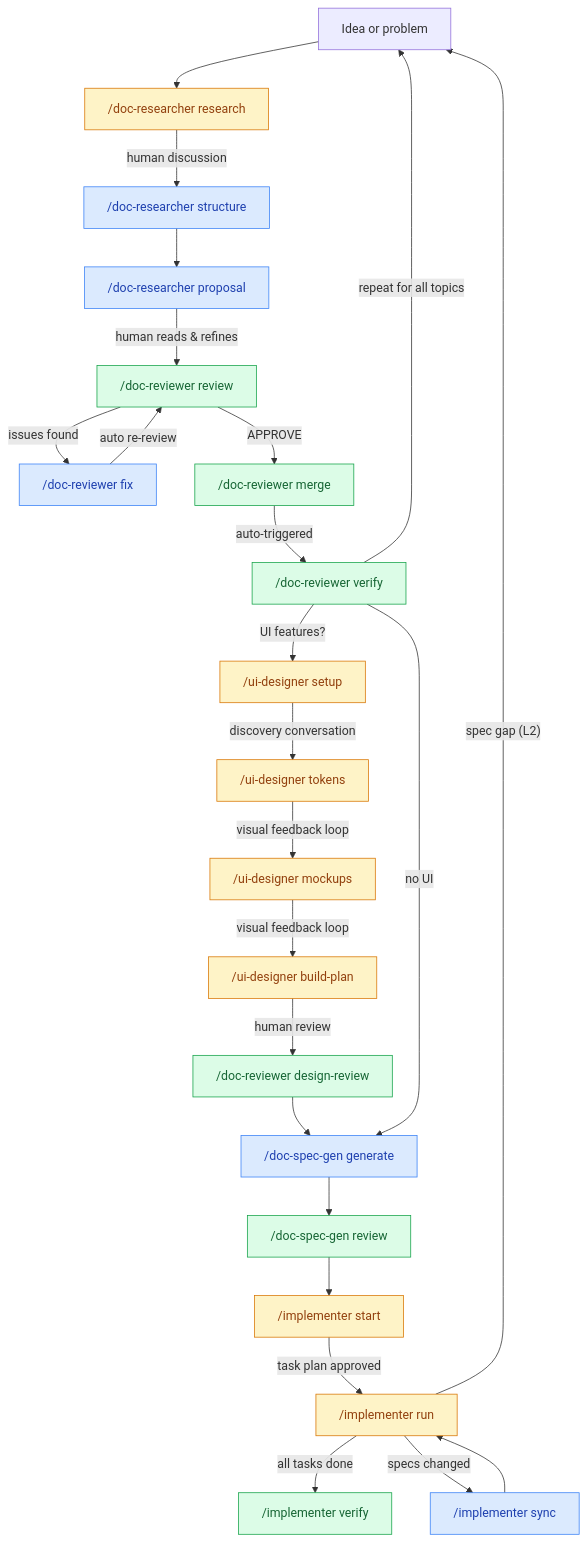
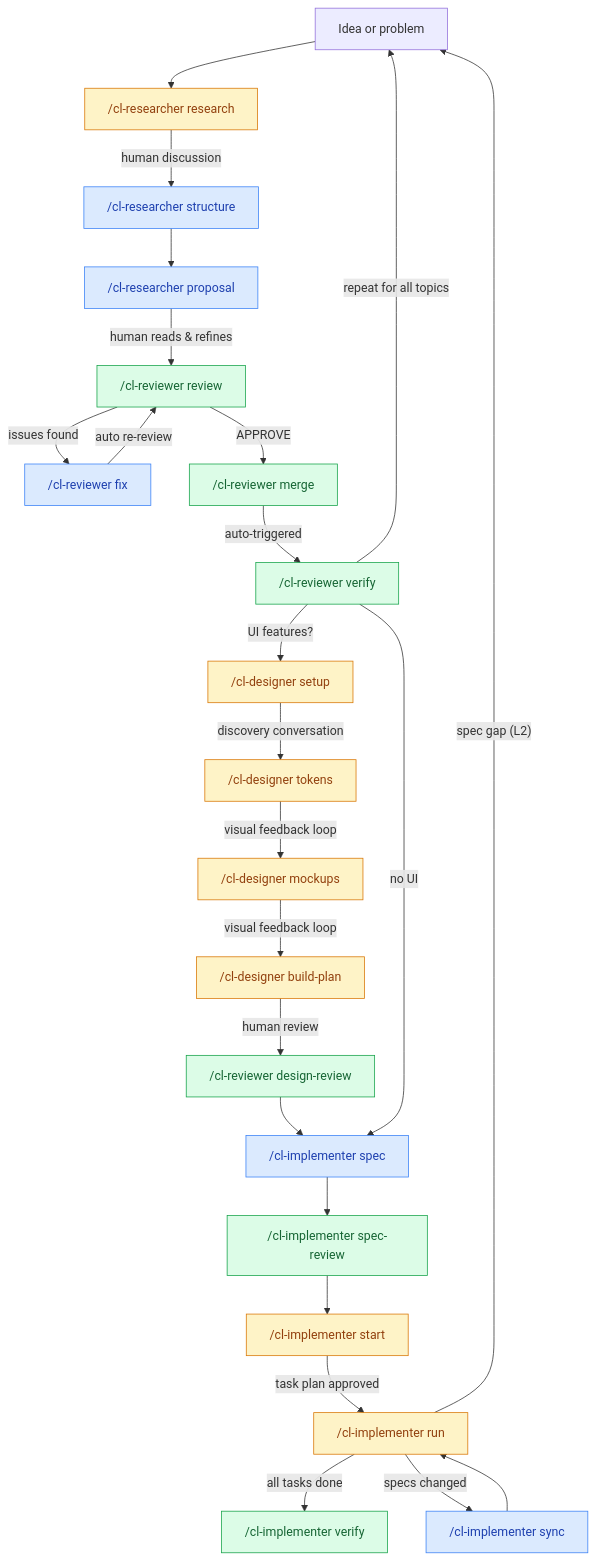
One commit to dev-eloper1/clarity-loop changed the diagram in docs/proposals/IMPLEMENTER_SKILL.md. Above: the diagram before and after it, drawn with Mermaid. The commit also changed other lines of this file and 80 other files, not shown here.

First line of the commit message:
Rename skills to cl-* namespace and fold doc-spec-gen into cl-implementer

````diff
--- a/docs/proposals/IMPLEMENTER_SKILL.md
+++ b/docs/proposals/IMPLEMENTER_SKILL.md
@@ -268,33 +268,33 @@
 ```mermaid
 flowchart TD
     classDef human fill:#fef3c7,stroke:#d97706,color:#92400e
     classDef ai fill:#dbeafe,stroke:#3b82f6,color:#1e40af
     classDef gate fill:#dcfce7,stroke:#16a34a,color:#166534
 
-    START["Idea or problem"] --> RESEARCH["/doc-researcher research"]:::human
-    RESEARCH -->|"human discussion"| STRUCTURE["/doc-researcher structure"]:::ai
-    STRUCTURE --> PROPOSAL["/doc-researcher proposal"]:::ai
-    PROPOSAL -->|"human reads & refines"| REVIEW["/doc-reviewer review"]:::gate
-    REVIEW -->|"issues found"| FIX["/doc-reviewer fix"]:::ai
+    START["Idea or problem"] --> RESEARCH["/cl-researcher research"]:::human
+    RESEARCH -->|"human discussion"| STRUCTURE["/cl-researcher structure"]:::ai
+    STRUCTURE --> PROPOSAL["/cl-researcher proposal"]:::ai
+    PROPOSAL -->|"human reads & refines"| REVIEW["/cl-reviewer review"]:::gate
+    REVIEW -->|"issues found"| FIX["/cl-reviewer fix"]:::ai
     FIX -->|"auto re-review"| REVIEW
-    REVIEW -->|"APPROVE"| MERGE["/doc-reviewer merge"]:::gate
-    MERGE -->|"auto-triggered"| VERIFY["/doc-reviewer verify"]:::gate
+    REVIEW -->|"APPROVE"| MERGE["/cl-reviewer merge"]:::gate
+    MERGE -->|"auto-triggered"| VERIFY["/cl-reviewer verify"]:::gate
     VERIFY -->|"repeat for all topics"| START
 
-    VERIFY -->|"UI features?"| SETUP["/ui-designer setup"]:::human
-    SETUP -->|"discovery conversation"| TOKENS["/ui-designer tokens"]:::human
-    TOKENS -->|"visual feedback loop"| MOCKUPS["/ui-designer mockups"]:::human
-    MOCKUPS -->|"visual feedback loop"| BUILD["/ui-designer build-plan"]:::human
-    BUILD -->|"human review"| DREVIEW["/doc-reviewer design-review"]:::gate
+    VERIFY -->|"UI features?"| SETUP["/cl-designer setup"]:::human
+    SETUP -->|"discovery conversation"| TOKENS["/cl-designer tokens"]:::human
+    TOKENS -->|"visual feedback loop"| MOCKUPS["/cl-designer mockups"]:::human
+    MOCKUPS -->|"visual feedback loop"| BUILD["/cl-designer build-plan"]:::human
+    BUILD -->|"human review"| DREVIEW["/cl-reviewer design-review"]:::gate
 
-    DREVIEW --> SPECS["/doc-spec-gen generate"]:::ai
+    DREVIEW --> SPECS["/cl-implementer spec"]:::ai
     VERIFY -->|"no UI"| SPECS
-    SPECS --> SPEC_REVIEW["/doc-spec-gen review"]:::gate
+    SPECS --> SPEC_REVIEW["/cl-implementer spec-review"]:::gate
 
-    SPEC_REVIEW --> IMPL_START["/implementer start"]:::human
-    IMPL_START -->|"task plan approved"| IMPL_RUN["/implementer run"]:::human
+    SPEC_REVIEW --> IMPL_START["/cl-implementer start"]:::human
+    IMPL_START -->|"task plan approved"| IMPL_RUN["/cl-implementer run"]:::human
     IMPL_RUN -->|"spec gap (L2)"| START
-    IMPL_RUN -->|"all tasks done"| IMPL_VERIFY["/implementer verify"]:::gate
-    IMPL_RUN -->|"specs changed"| IMPL_SYNC["/implementer sync"]:::ai
+    IMPL_RUN -->|"all tasks done"| IMPL_VERIFY["/cl-implementer verify"]:::gate
+    IMPL_RUN -->|"specs changed"| IMPL_SYNC["/cl-implementer sync"]:::ai
     IMPL_SYNC --> IMPL_RUN
 ```
````
